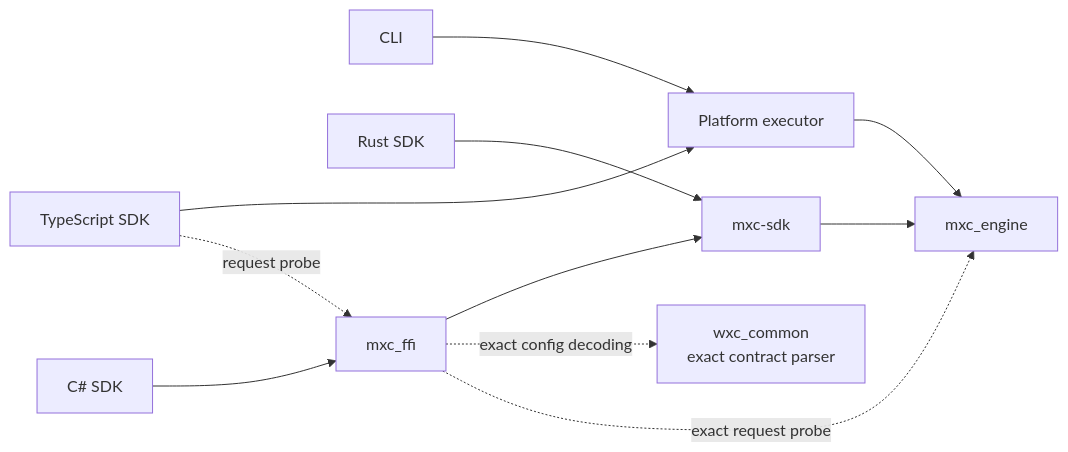
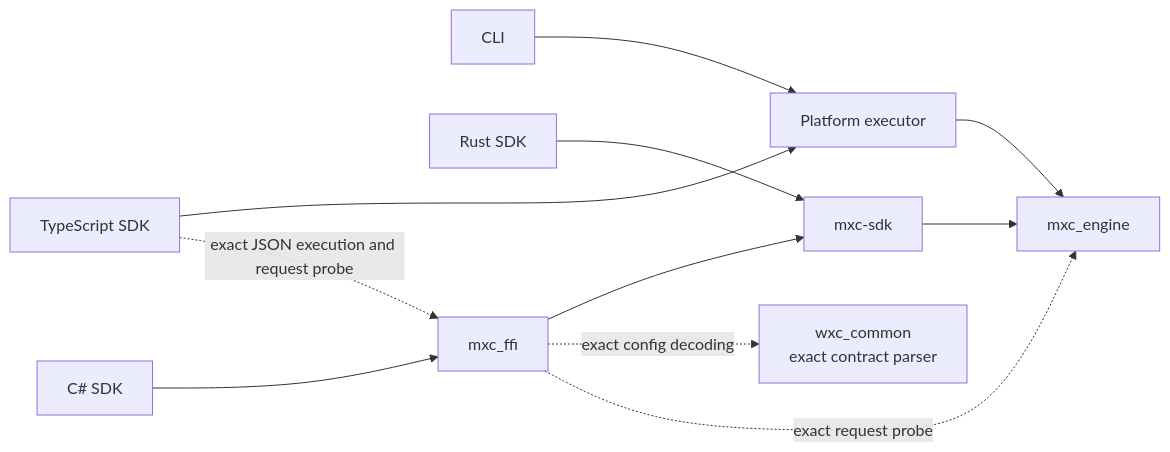
The second of 2 diagrams in docs/architecture.md (ChazGo/mxc), drawn with Mermaid before and after one commit. The commit also changed other lines of this file and 16 other files, not shown here.

````diff
--- a/docs/architecture.md
+++ b/docs/architecture.md
@@ -108,22 +108,22 @@
 ```mermaid
 flowchart LR
     typescript["TypeScript SDK"]
     cli["CLI"]
     csharp["C# SDK"]
     rust["Rust SDK"]
     executor["Platform executor"]
     ffi["mxc_ffi"]
     sdk["mxc-sdk"]
     engine["mxc_engine"]
     common["wxc_common<br/>exact contract parser"]
 
     typescript --> executor
-    typescript -. request probe .-> ffi
+    typescript -. exact JSON execution and request probe .-> ffi
     cli --> executor
     csharp --> ffi --> sdk
     ffi -. exact config decoding .-> common
     ffi -. exact request probe .-> engine
     rust --> sdk
     executor --> engine
     sdk --> engine
 ```
````
